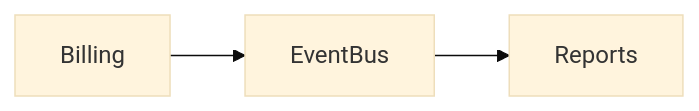
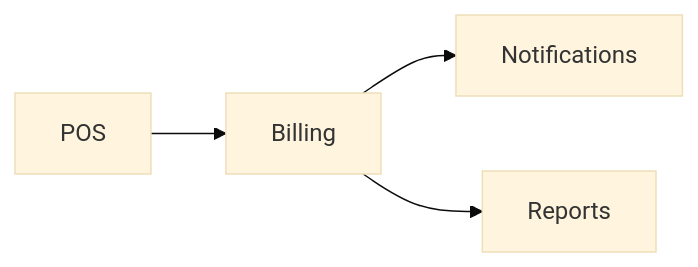
The diagram in ModulesDoc/BILLING.md (sameheg/cafeos), drawn with Mermaid (base theme) before and after one commit. The commit also changed other lines of this file and 21 other files, not shown here.

````diff
--- a/ModulesDoc/BILLING.md
+++ b/ModulesDoc/BILLING.md
@@ -16,5 +16,6 @@
 ```mermaid
 flowchart LR
-  A[Billing] --> B[EventBus]
-  B --> C[Reports]
+  POS --> Billing
+  Billing --> Notifications
+  Billing --> Reports
 ```
````
